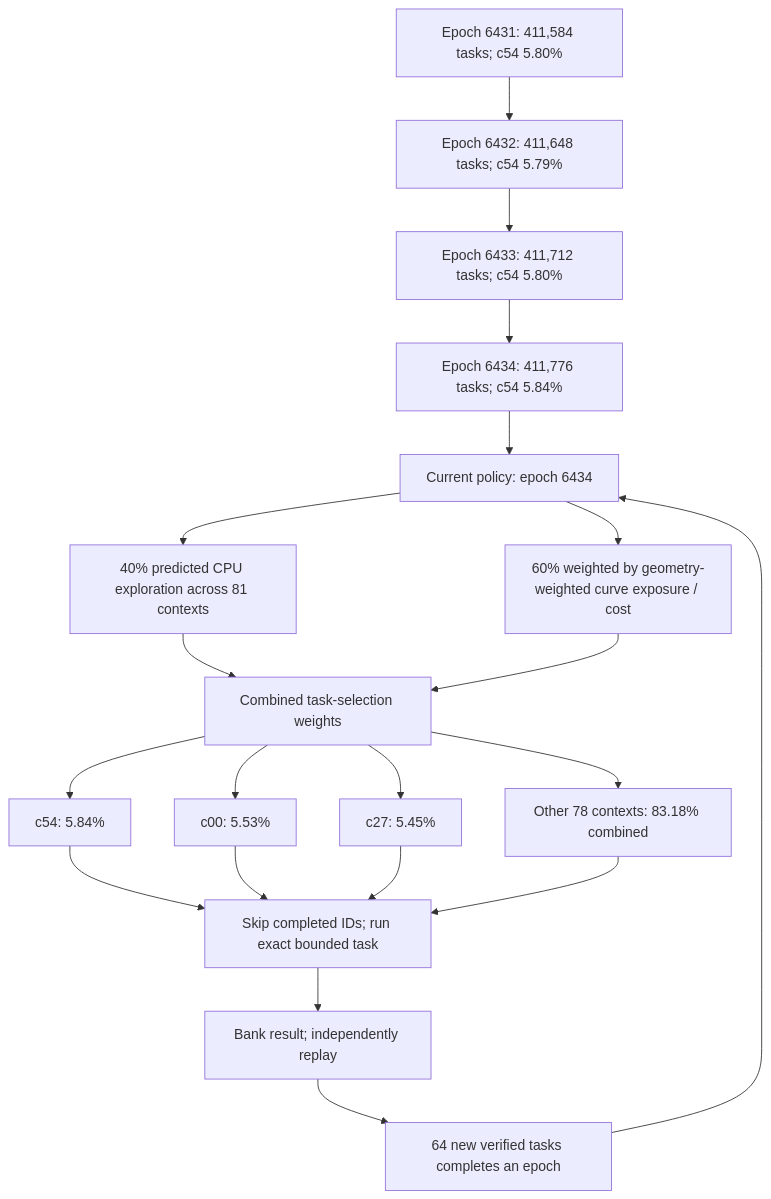
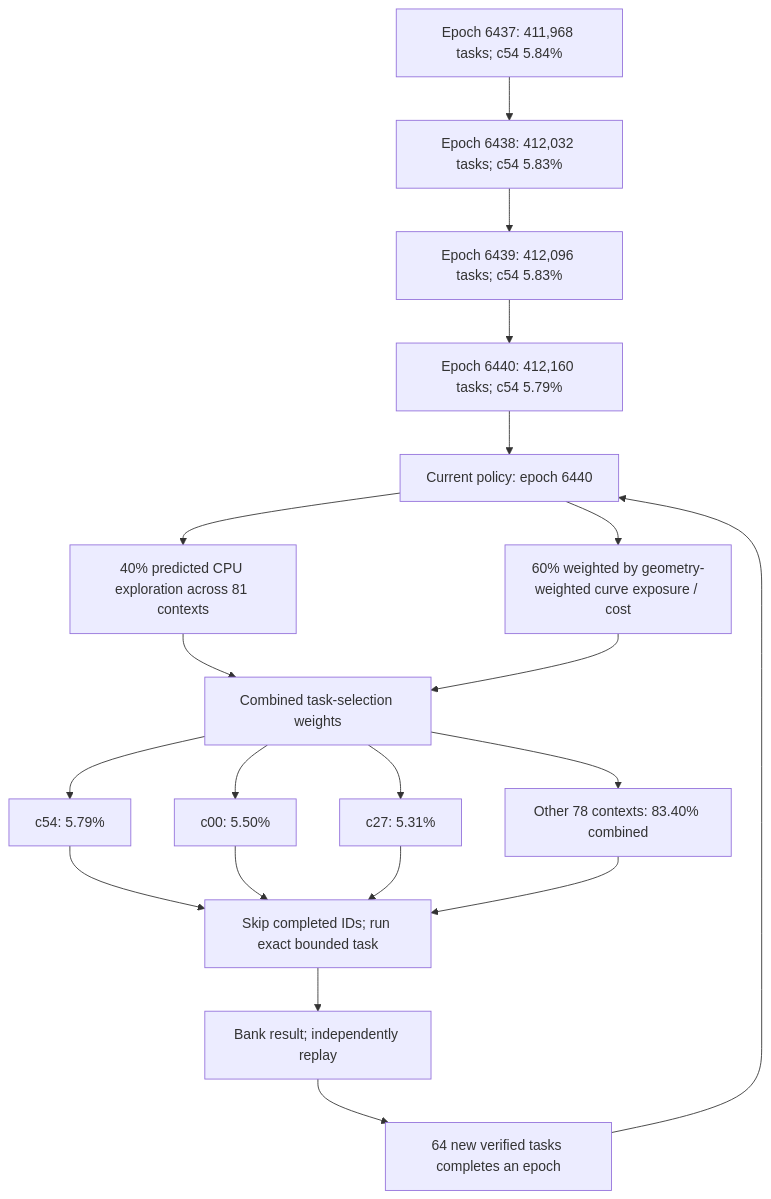
The first of 4 diagrams in README.md (Kuberwastaken/math-gambling), drawn with Mermaid before and after one commit. The commit also changed other lines of this file and 1995 other files, not shown here.

````diff
--- a/README.md
+++ b/README.md
@@ -60,27 +60,27 @@
 ```mermaid
 flowchart TD
-    H0["Epoch 6431: 411,584 tasks; c54 5.80%"]
-    H1["Epoch 6432: 411,648 tasks; c54 5.79%"]
+    H0["Epoch 6437: 411,968 tasks; c54 5.84%"]
+    H1["Epoch 6438: 412,032 tasks; c54 5.83%"]
     H0 --> H1
-    H2["Epoch 6433: 411,712 tasks; c54 5.80%"]
+    H2["Epoch 6439: 412,096 tasks; c54 5.83%"]
     H1 --> H2
-    H3["Epoch 6434: 411,776 tasks; c54 5.84%"]
+    H3["Epoch 6440: 412,160 tasks; c54 5.79%"]
     H2 --> H3
-    Policy["Current policy: epoch 6434"]
+    Policy["Current policy: epoch 6440"]
     H3 --> Policy
     Policy --> Explore["40% predicted CPU exploration across 81 contexts"]
     Policy --> Cost["60% weighted by geometry-weighted curve exposure / cost"]
     Explore --> Mix["Combined task-selection weights"]
     Cost --> Mix
-    Mix --> C0["c54: 5.84%"]
-    Mix --> C1["c00: 5.53%"]
-    Mix --> C2["c27: 5.45%"]
-    Mix --> Rest["Other 78 contexts: 83.18% combined"]
+    Mix --> C0["c54: 5.79%"]
+    Mix --> C1["c00: 5.50%"]
+    Mix --> C2["c27: 5.31%"]
+    Mix --> Rest["Other 78 contexts: 83.40% combined"]
     C0 --> Check["Skip completed IDs; run exact bounded task"]
     C1 --> Check
     C2 --> Check
     Rest --> Check
     Check --> Replay["Bank result; independently replay"]
     Replay --> Gate["64 new verified tasks completes an epoch"]
     Gate --> Policy
 ```
````
